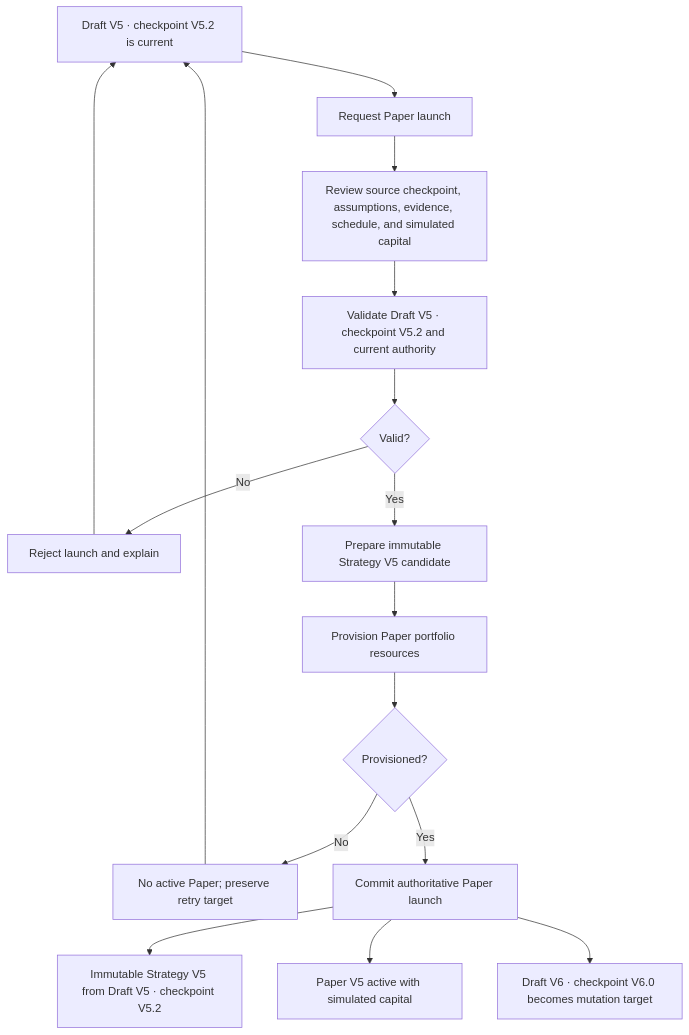
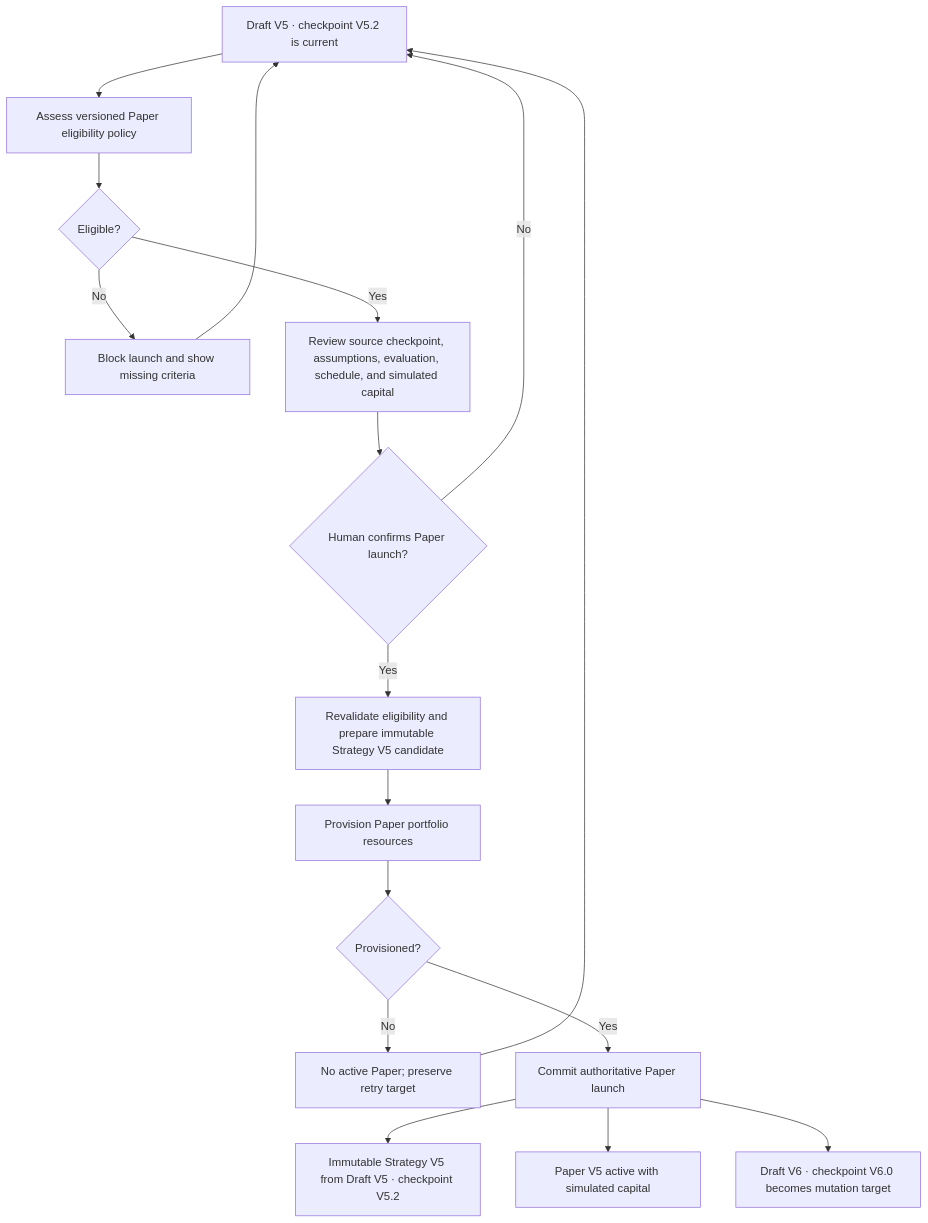
One commit to moosefroggo/vantheon-architecture changed the third of 16 diagrams in docs/state-diagrams.md. Above: the diagram before and after it, drawn with Mermaid. The commit also changed other lines of this file and 19 other files, not shown here.

Commit message:
Harden architecture handbook safety gates

````diff
--- a/docs/state-diagrams.md
+++ b/docs/state-diagrams.md
@@ -103,18 +107,19 @@
 ```mermaid
 flowchart TD
-    A["Draft V5 · checkpoint V5.2 is current"] --> B["Request Paper launch"]
-    B --> C["Review source checkpoint, assumptions, evidence, schedule, and simulated capital"]
-    C --> D["Validate Draft V5 · checkpoint V5.2 and current authority"]
-    D --> E{"Valid?"}
-    E -->|"No"| F["Reject launch and explain"]
+    A["Draft V5 · checkpoint V5.2 is current"] --> B["Assess versioned Paper eligibility policy"]
+    B --> C{"Eligible?"}
+    C -->|"No"| F["Block launch and show missing criteria"]
     F --> A
-    E -->|"Yes"| G["Prepare immutable Strategy V5 candidate"]
+    C -->|"Yes"| D["Review source checkpoint, assumptions, evaluation, schedule, and simulated capital"]
+    D --> E{"Human confirms Paper launch?"}
+    E -->|"No"| A
+    E -->|"Yes"| G["Revalidate eligibility and prepare immutable Strategy V5 candidate"]
     G --> H["Provision Paper portfolio resources"]
     H --> I{"Provisioned?"}
     I -->|"No"| J["No active Paper; preserve retry target"]
     J --> A
     I -->|"Yes"| K["Commit authoritative Paper launch"]
     K --> L["Immutable Strategy V5 from Draft V5 · checkpoint V5.2"]
     K --> M["Paper V5 active with simulated capital"]
     K --> N["Draft V6 · checkpoint V6.0 becomes mutation target"]
 ```
````
